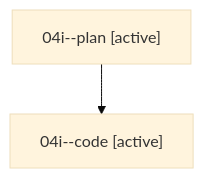
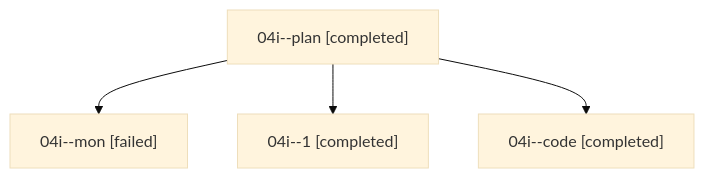
The diagram in families/bbugyi200.athena.04i.md (sase-org/sase--agents), drawn with Mermaid (base theme) before and after one commit. The commit also changed other lines of this file and 287 other files, not shown here.

````diff
--- a/families/bbugyi200.athena.04i.md
+++ b/families/bbugyi200.athena.04i.md
@@ -9,6 +9,10 @@
 ```mermaid
 flowchart TD
-  n0["04i--plan [active]"]
-  n1["04i--code [active]"]
+  n0["04i--plan [completed]"]
+  n1["04i--mon [failed]"]
   n0 --> n1
+  n2["04i--1 [completed]"]
+  n0 --> n2
+  n3["04i--code [completed]"]
+  n0 --> n3
 ```
````
